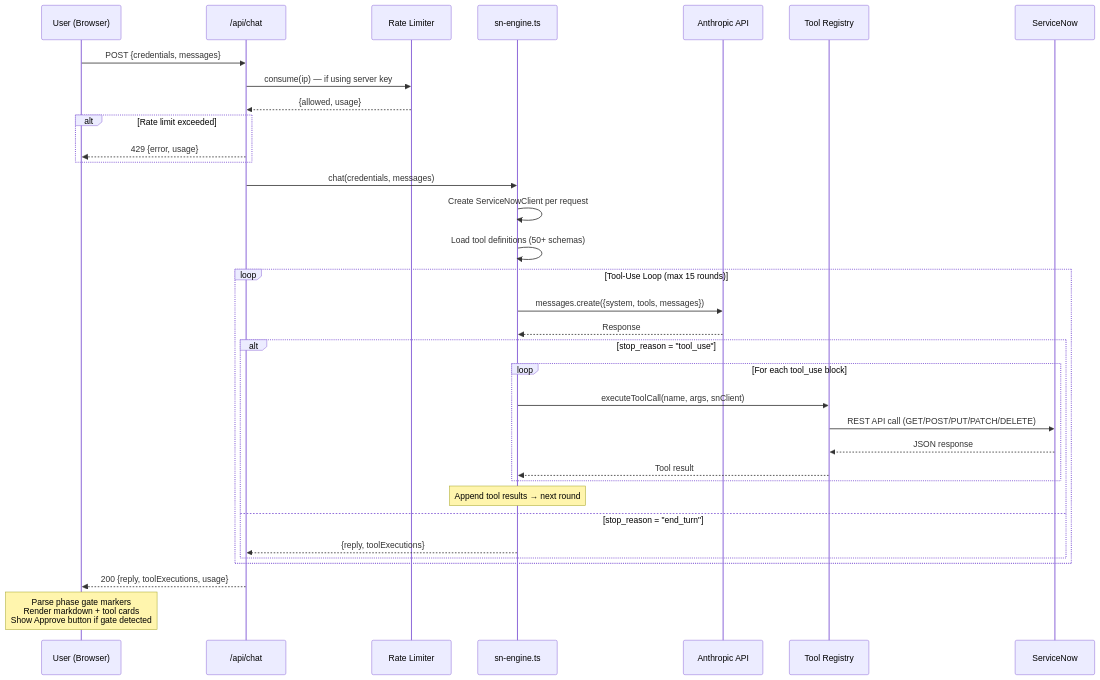
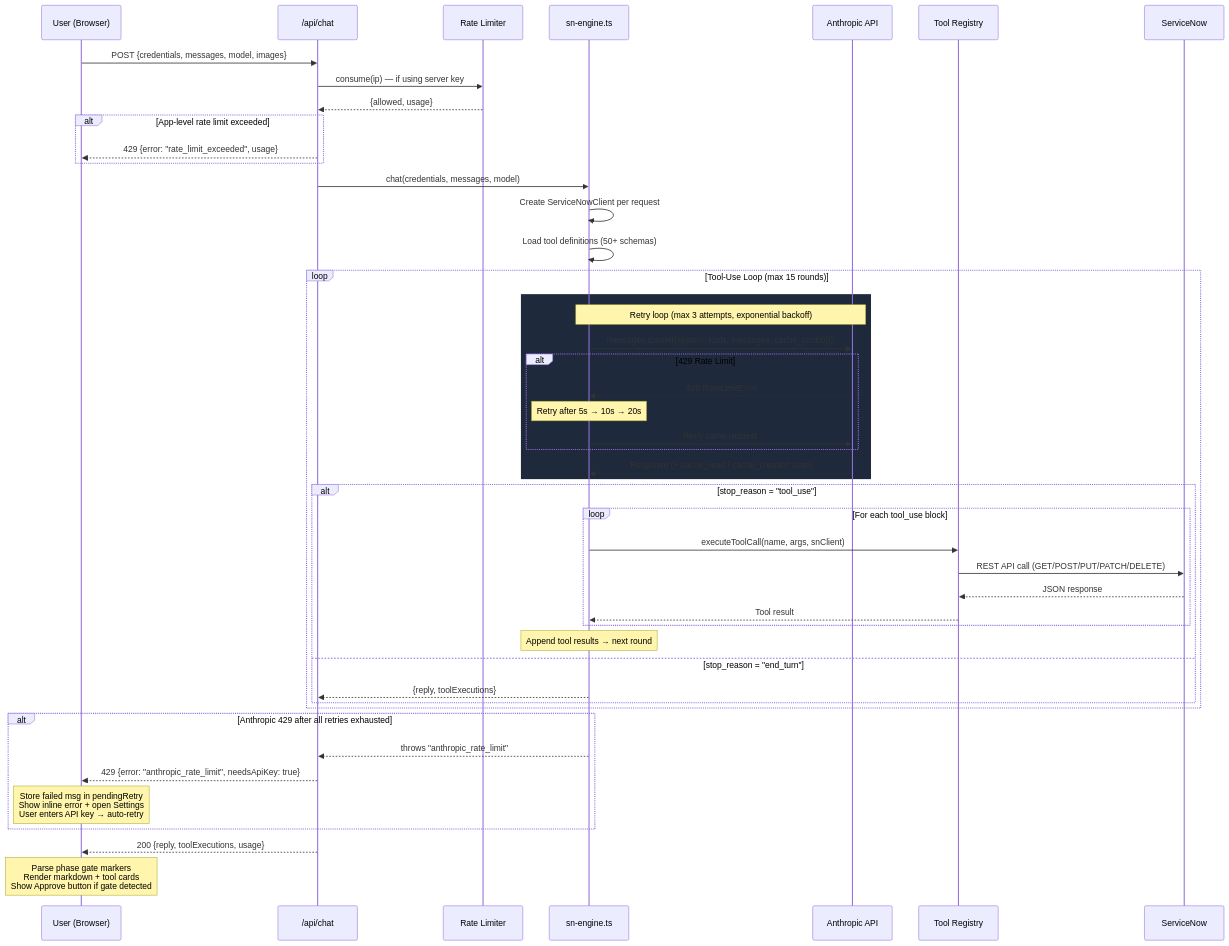
Before and after one commit to rtnsht/SN-AI-Dev-Agent: the third of 6 diagrams in docs/architecture.md, drawn with Mermaid. The commit also changed other lines of this file and 16 other files, not shown here.

````diff
--- a/docs/architecture.md
+++ b/docs/architecture.md
@@ -125,42 +129,56 @@
 ```mermaid
 sequenceDiagram
     participant U as User (Browser)
     participant API as /api/chat
     participant RL as Rate Limiter
     participant ENG as sn-engine.ts
     participant CL as Anthropic API
     participant REG as Tool Registry
     participant SN as ServiceNow
 
-    U->>API: POST {credentials, messages}
+    U->>API: POST {credentials, messages, model, images}
     API->>RL: consume(ip) — if using server key
     RL-->>API: {allowed, usage}
 
-    alt Rate limit exceeded
-        API-->>U: 429 {error, usage}
+    alt App-level rate limit exceeded
+        API-->>U: 429 {error: "rate_limit_exceeded", usage}
     end
 
-    API->>ENG: chat(credentials, messages)
+    API->>ENG: chat(credentials, messages, model)
     ENG->>ENG: Create ServiceNowClient per request
     ENG->>ENG: Load tool definitions (50+ schemas)
 
     loop Tool-Use Loop (max 15 rounds)
-        ENG->>CL: messages.create({system, tools, messages})
-        CL-->>ENG: Response
+        rect rgb(30, 41, 59)
+        Note over ENG,CL: Retry loop (max 3 attempts, exponential backoff)
+        ENG->>CL: messages.create({system, tools, messages, cache_control})
+        alt 429 Rate Limit
+            CL-->>ENG: 429 RateLimitError
+            Note over ENG: Retry after 5s → 10s → 20s
+            ENG->>CL: Retry same request
+        end
+        CL-->>ENG: Response (+ cache_read / cache_creation stats)
+        end
 
         alt stop_reason = "tool_use"
             loop For each tool_use block
                 ENG->>REG: executeToolCall(name, args, snClient)
                 REG->>SN: REST API call (GET/POST/PUT/PATCH/DELETE)
                 SN-->>REG: JSON response
                 REG-->>ENG: Tool result
             end
             Note over ENG: Append tool results → next round
         else stop_reason = "end_turn"
             ENG-->>API: {reply, toolExecutions}
         end
     end
 
+    alt Anthropic 429 after all retries exhausted
+        ENG-->>API: throws "anthropic_rate_limit"
+        API-->>U: 429 {error: "anthropic_rate_limit", needsApiKey: true}
+        Note over U: Store failed msg in pendingRetry<br/>Show inline error + open Settings<br/>User enters API key → auto-retry
+    end
+
     API-->>U: 200 {reply, toolExecutions, usage}
     Note over U: Parse phase gate markers<br/>Render markdown + tool cards<br/>Show Approve button if gate detected
 ```
````
